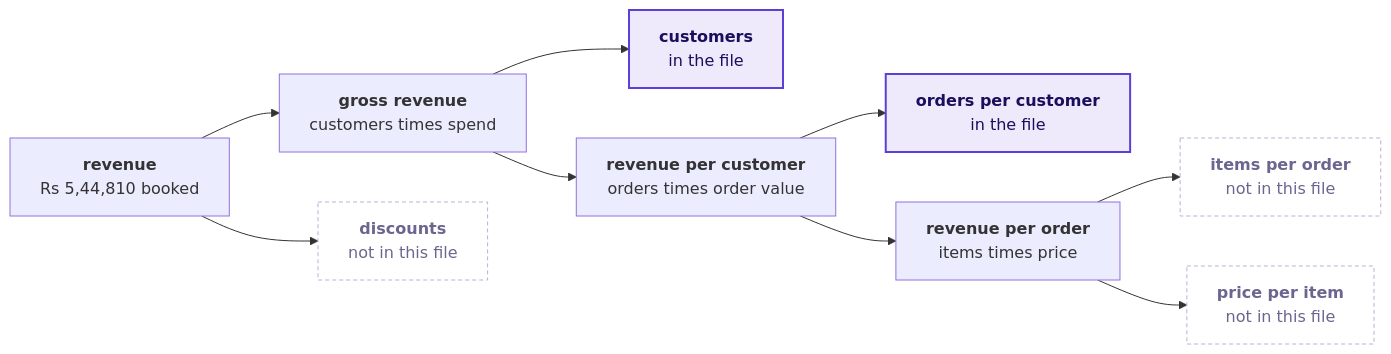
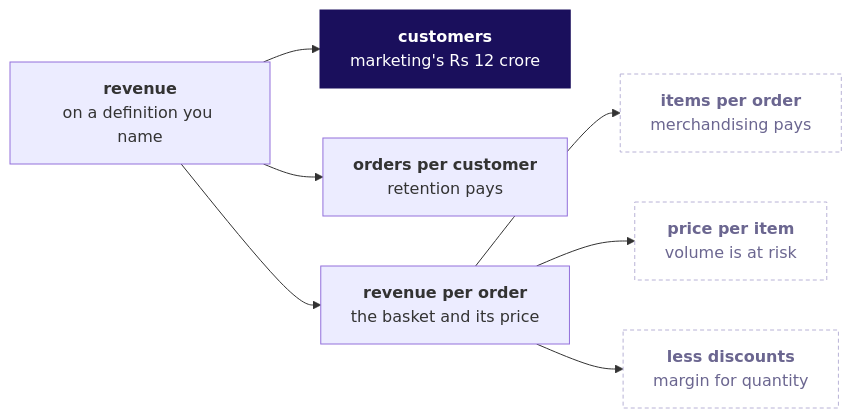
Before and after one commit to fde-academy-lab/c2-content-factory: the first of 11 diagrams in content/W01/D1/slides/C2_W01_D01_half2_STUDENT.md, drawn with Mermaid. The commit also changed other lines of this file and 1 other file, not shown here.

````diff
--- a/content/W01/D1/slides/C2_W01_D01_half2_STUDENT.md
+++ b/content/W01/D1/slides/C2_W01_D01_half2_STUDENT.md
@@ -30,15 +34,13 @@
 ```mermaid
 flowchart LR
-    R["<b>revenue</b><br/>Rs 5,44,810 booked"] --> G["<b>gross revenue</b><br/>customers times spend"]
-    R --> D["<b>discounts</b><br/>not in this file"]
-    G --> C["<b>customers</b><br/>in the file"]
-    G --> V["<b>revenue per customer</b><br/>orders times order value"]
-    V --> F["<b>orders per customer</b><br/>in the file"]
-    V --> O["<b>revenue per order</b><br/>items times price"]
-    O --> B["<b>items per order</b><br/>not in this file"]
-    O --> P["<b>price per item</b><br/>not in this file"]
-    classDef known fill:#EEEAFB,stroke:#5B3FD6,color:#1A0F5C,stroke-width:2px
+    R["<b>revenue</b><br/>on a definition you name"] --> C["<b>customers</b><br/>marketing's Rs 12 crore"]
+    R --> F["<b>orders per customer</b><br/>retention pays"]
+    R --> V["<b>revenue per order</b><br/>the basket and its price"]
+    V --> I["<b>items per order</b><br/>merchandising pays"]
+    V --> P["<b>price per item</b><br/>volume is at risk"]
+    V --> D["<b>less discounts</b><br/>margin for quantity"]
+    classDef bet fill:#1A0F5C,stroke:#1A0F5C,color:#FFFFFF
     classDef unknown fill:#FFFFFF,stroke:#B8B2D6,color:#6B6690,stroke-dasharray:4 3
-    class C,F known
-    class D,B,P unknown
+    class C bet
+    class I,P,D unknown
 ```
````
